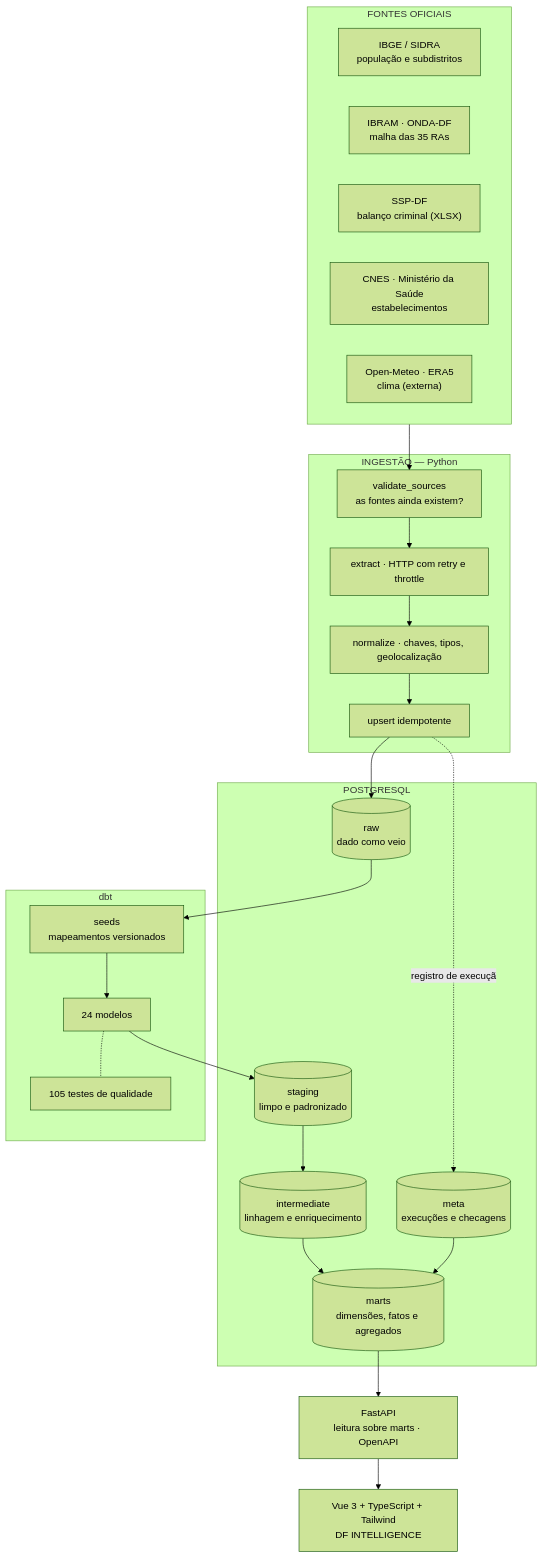
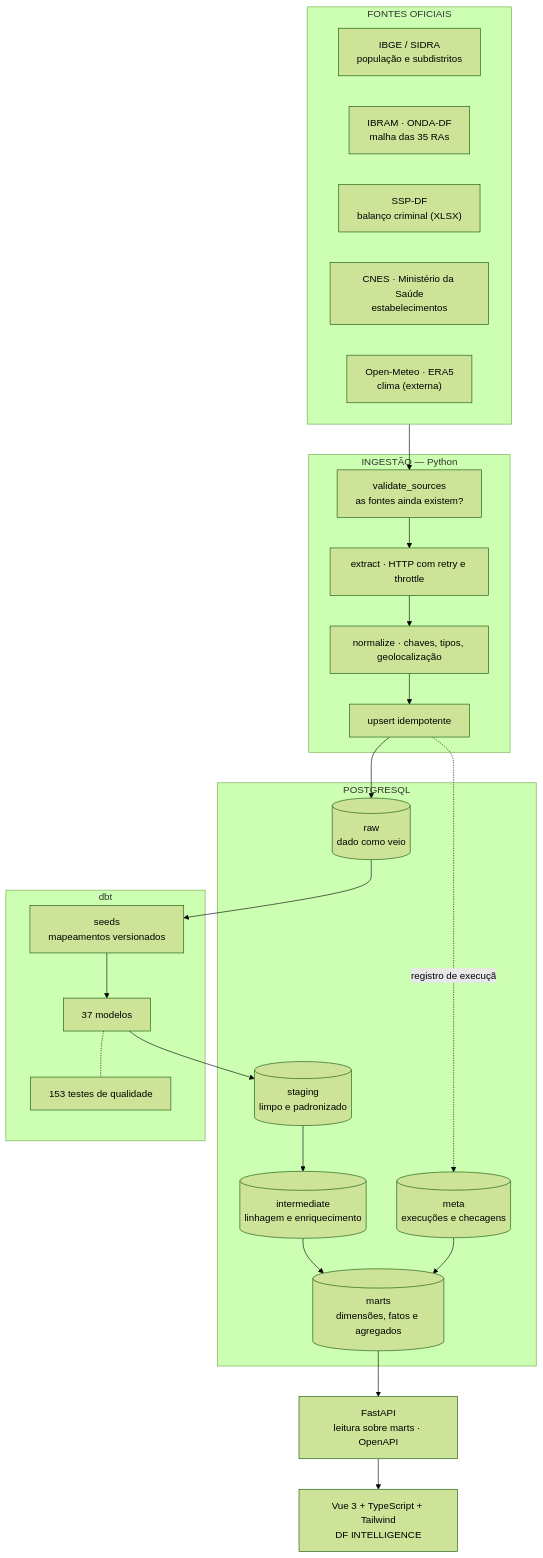
One commit to enzosouto/df-intelligence-bdi changed the first of 2 diagrams in docs/architecture.md. Above: the diagram before and after it, drawn with Mermaid (forest theme). The commit also changed other lines of this file and 34 other files, not shown here.

````diff
--- a/docs/architecture.md
+++ b/docs/architecture.md
@@ -5,44 +5,44 @@
 ```mermaid
 flowchart TB
     subgraph FONTES["FONTES OFICIAIS"]
         direction LR
         IBGE["IBGE / SIDRA<br/>população e subdistritos"]
         IBRAM["IBRAM · ONDA-DF<br/>malha das 35 RAs"]
         SSP["SSP-DF<br/>balanço criminal (XLSX)"]
         CNES["CNES · Ministério da Saúde<br/>estabelecimentos"]
         METEO["Open-Meteo · ERA5<br/>clima (externa)"]
     end
 
     subgraph INGESTION["INGESTÃO — Python"]
         VALIDATE["validate_sources<br/>as fontes ainda existem?"]
         EXTRACT["extract · HTTP com retry e throttle"]
         NORMALIZE["normalize · chaves, tipos, geolocalização"]
         UPSERT["upsert idempotente"]
     end
 
     subgraph POSTGRES["POSTGRESQL"]
         RAW[("raw<br/>dado como veio")]
         STG[("staging<br/>limpo e padronizado")]
         INT[("intermediate<br/>linhagem e enriquecimento")]
         MARTS[("marts<br/>dimensões, fatos e agregados")]
         META[("meta<br/>execuções e checagens")]
     end
 
     subgraph DBT["dbt"]
         SEEDS["seeds<br/>mapeamentos versionados"]
-        MODELS["24 modelos"]
-        TESTS["105 testes de qualidade"]
+        MODELS["37 modelos"]
+        TESTS["153 testes de qualidade"]
     end
 
     API["FastAPI<br/>leitura sobre marts · OpenAPI"]
     UI["Vue 3 + TypeScript + Tailwind<br/>DF INTELLIGENCE"]
 
     FONTES --> VALIDATE --> EXTRACT --> NORMALIZE --> UPSERT --> RAW
     UPSERT -.registro de execução.-> META
     RAW --> SEEDS
     SEEDS --> MODELS
     MODELS --> STG --> INT --> MARTS
     META --> MARTS
     MODELS -.- TESTS
     MARTS --> API --> UI
 ```
````
